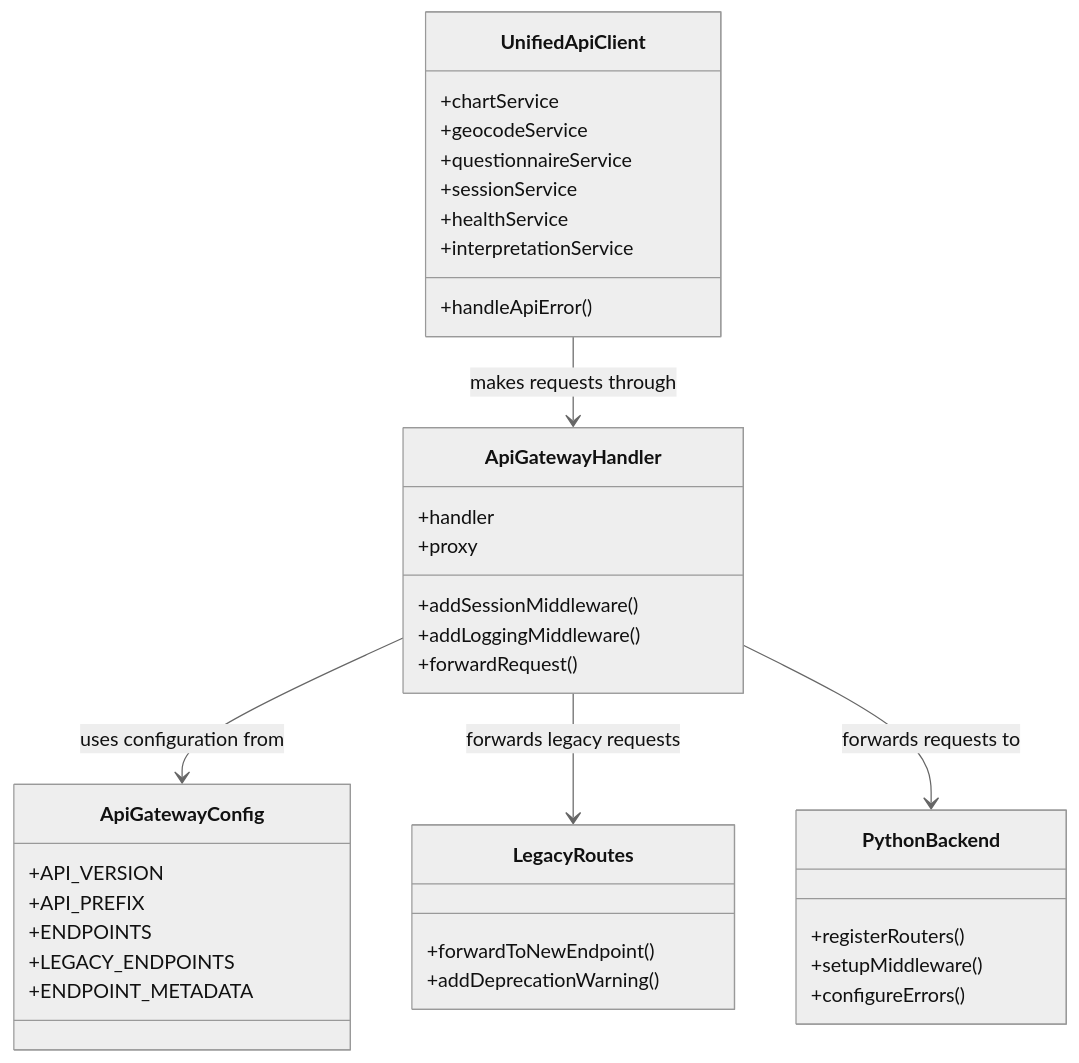
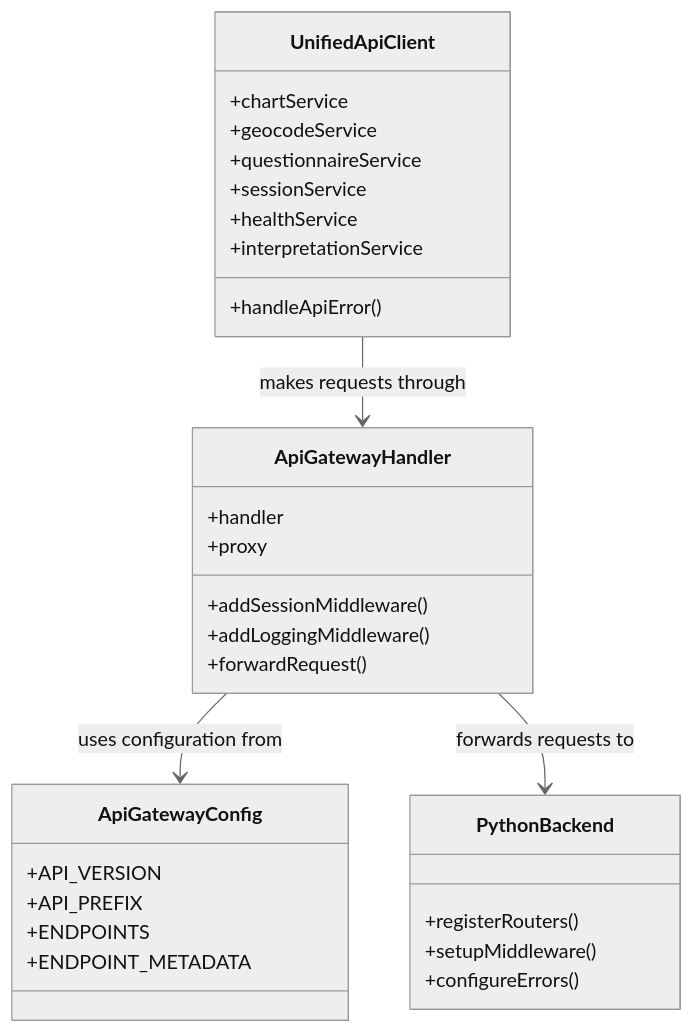
The second of 3 diagrams in docs/architecture/unified_api_gateway_diagram.md (Victordtesla24/containerised-birth-time-rectifier), drawn with Mermaid (neutral theme) before and after one commit. The commit also changed other lines of this file and 2469 other files, not shown here.

````diff
--- a/docs/architecture/unified_api_gateway_diagram.md
+++ b/docs/architecture/unified_api_gateway_diagram.md
@@ -35,44 +33,37 @@
 ```mermaid
 classDiagram
     class UnifiedApiClient {
         +chartService
         +geocodeService
         +questionnaireService
         +sessionService
         +healthService
         +interpretationService
         +handleApiError()
     }
 
     class ApiGatewayHandler {
         +handler
         +proxy
         +addSessionMiddleware()
         +addLoggingMiddleware()
         +forwardRequest()
     }
 
     class ApiGatewayConfig {
         +API_VERSION
         +API_PREFIX
         +ENDPOINTS
-        +LEGACY_ENDPOINTS
         +ENDPOINT_METADATA
-    }
-
-    class LegacyRoutes {
-        +forwardToNewEndpoint()
-        +addDeprecationWarning()
     }
 
     class PythonBackend {
         +registerRouters()
         +setupMiddleware()
         +configureErrors()
     }
 
     UnifiedApiClient --> ApiGatewayHandler: makes requests through
     ApiGatewayHandler --> ApiGatewayConfig: uses configuration from
-    ApiGatewayHandler --> LegacyRoutes: forwards legacy requests
     ApiGatewayHandler --> PythonBackend: forwards requests to
 ```
````
